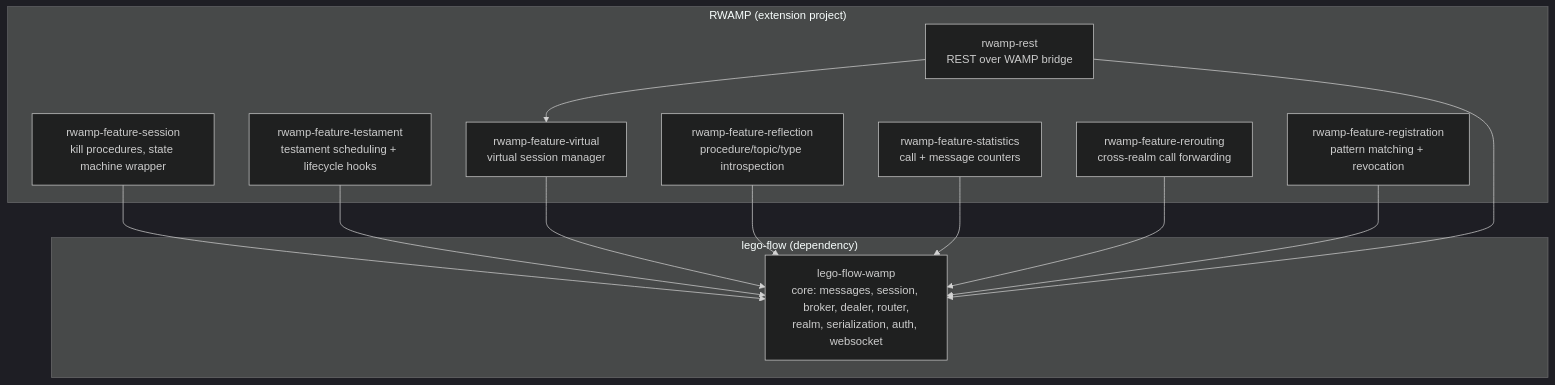
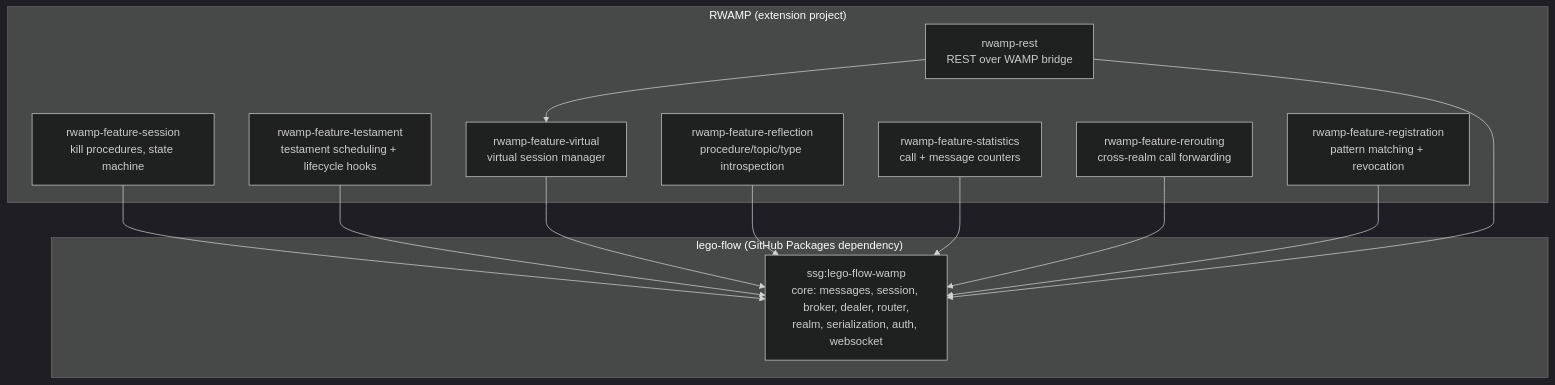
Before and after one commit to 000ssg/RWAMP: the diagram in doc/plan/PLAN.md, drawn with Mermaid (dark theme). The commit also changed other lines of this file and 6 other files, not shown here.

First line of the commit message:
docs: update plans with lego-flow changes status and dependency patterns

````diff
--- a/doc/plan/PLAN.md
+++ b/doc/plan/PLAN.md
@@ -70,27 +70,27 @@
 ```mermaid
 graph TD
-    subgraph "lego-flow (dependency)"
-        LF1["lego-flow-wamp<br/>core: messages, session, broker, dealer, router,<br/>realm, serialization, auth, websocket"]
+    subgraph "lego-flow (GitHub Packages dependency)"
+        LF1["ssg:lego-flow-wamp<br/>core: messages, session, broker, dealer, router,<br/>realm, serialization, auth, websocket"]
     end
 
     subgraph "RWAMP (extension project)"
-        RW1["rwamp-feature-session<br/>kill procedures, state machine wrapper"]
+        RW1["rwamp-feature-session<br/>kill procedures, state machine"]
         RW2["rwamp-feature-testament<br/>testament scheduling + lifecycle hooks"]
         RW3["rwamp-feature-virtual<br/>virtual session manager"]
         RW4["rwamp-feature-reflection<br/>procedure/topic/type introspection"]
         RW5["rwamp-feature-statistics<br/>call + message counters"]
         RW6["rwamp-feature-rerouting<br/>cross-realm call forwarding"]
         RW7["rwamp-feature-registration<br/>pattern matching + revocation"]
         RW8["rwamp-rest<br/>REST over WAMP bridge"]
     end
 
     RW1 --> LF1
     RW2 --> LF1
     RW3 --> LF1
     RW4 --> LF1
     RW5 --> LF1
     RW6 --> LF1
     RW7 --> LF1
     RW8 --> LF1
     RW8 --> RW3
 ```
````
